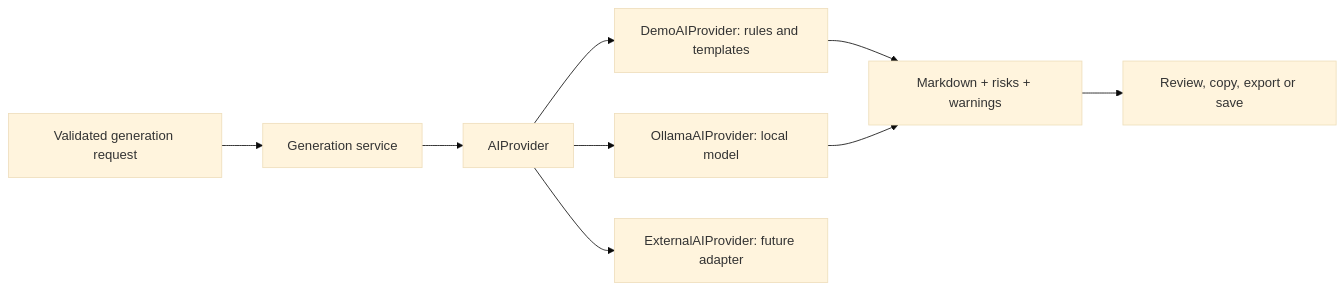
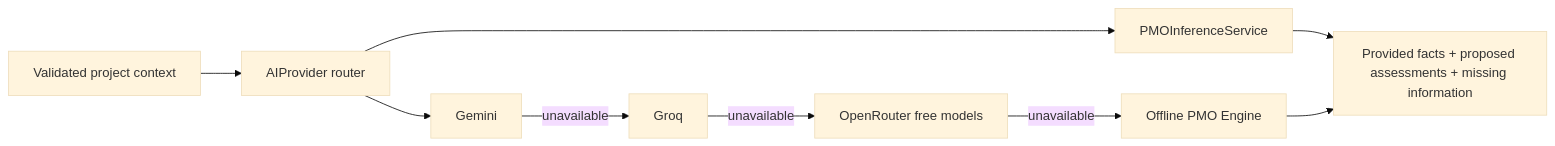
Before and after one commit to i22remua/pmo-compass-ai: the diagram in README.md, drawn with Mermaid (base theme). The commit also changed other lines of this file and 99 other files, not shown here.

Commit message:
Release public PMO workspace with free-tier AI and concise UX

````diff
--- a/README.md
+++ b/README.md
@@ -81,11 +35,11 @@
 ```mermaid
 flowchart LR
-    Request[Validated generation request] --> Service[Generation service]
-    Service --> Contract[AIProvider]
-    Contract --> Demo[DemoAIProvider: rules and templates]
-    Contract --> Ollama[OllamaAIProvider: local model]
-    Contract --> External[ExternalAIProvider: future adapter]
-    Demo --> Result[Markdown + risks + warnings]
-    Ollama --> Result
-    Result --> Preview[Review, copy, export or save]
+  Request[Validated project context] --> Router[AIProvider router]
+  Router --> Gemini[Gemini]
+  Gemini -->|unavailable| Groq[Groq]
+  Groq -->|unavailable| OpenRouter[OpenRouter free models]
+  OpenRouter -->|unavailable| Offline[Offline PMO Engine]
+  Router --> Inference[PMOInferenceService]
+  Inference --> Review[Provided facts + proposed assessments + missing information]
+  Offline --> Review
 ```
````
